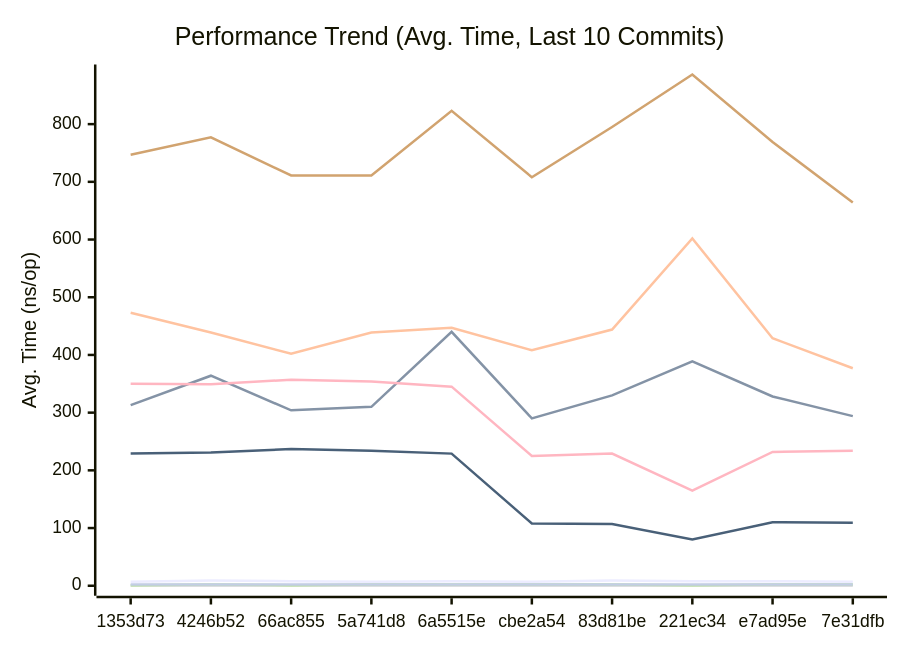
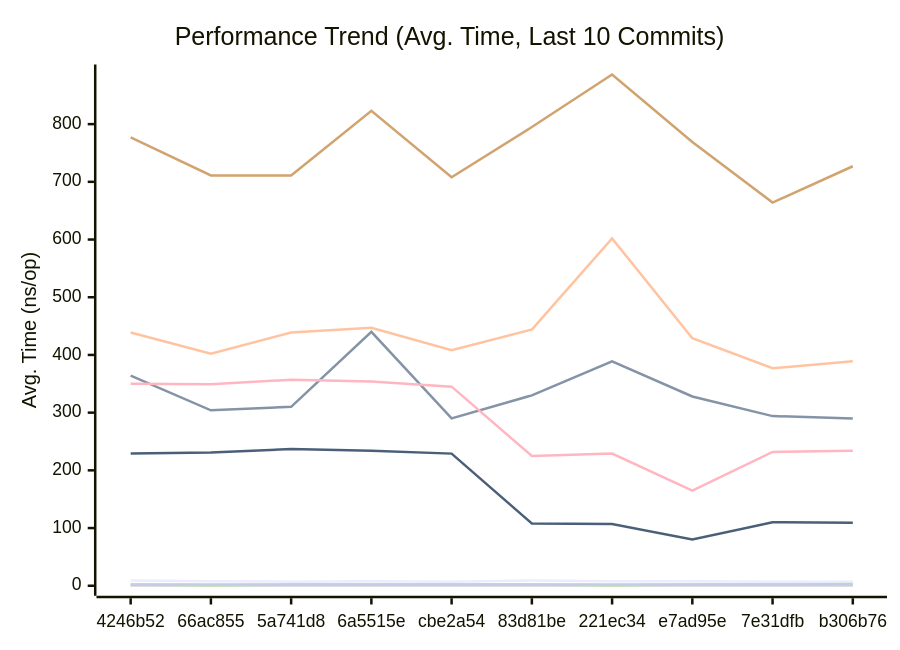
One commit to alsotoes/momo changed the first of 3 diagrams in docs/PERFORMANCE.md. Above: the diagram before and after it, drawn with Mermaid. The commit also changed other lines of this file and 5 other files, not shown here.

````diff
--- a/docs/PERFORMANCE.md
+++ b/docs/PERFORMANCE.md
@@ -80,16 +80,16 @@
 ```mermaid
 xychart-beta
     title "Performance Trend (Avg. Time, Last 10 Commits)"
     x-axis "Commit"
     y-axis "Avg. Time (ns/op)"
-    x-axis [1353d73,4246b52,66ac855,5a741d8,6a5515e,cbe2a54,83d81be,221ec34,e7ad95e,7e31dfb]
-    line "CheckMetricsAndSwap" [7,9,8,7,8,7,9,8,8,7]
-    line "CrushOptimized" [313,364,304,310,440,290,330,389,328,294]
-    line "CrushOriginal" [473,439,402,439,447,408,444,602,429,377]
+    x-axis [4246b52,66ac855,5a741d8,6a5515e,cbe2a54,83d81be,221ec34,e7ad95e,7e31dfb,b306b76]
+    line "CheckMetricsAndSwap" [9,8,7,8,7,9,8,8,7,7]
+    line "CrushOptimized" [364,304,310,440,290,330,389,328,294,290]
+    line "CrushOriginal" [439,402,439,447,408,444,602,429,377,389]
     line "IndexDirectTracking" [0,0,0,0,0,0,0,0,0,0]
-    line "IndexSearch" [1,2,1,2,2,2,2,1,2,2]
-    line "LoadGlobalConfig" [747,777,711,711,823,708,795,886,769,664]
+    line "IndexSearch" [2,1,2,2,2,2,1,2,2,3]
+    line "LoadGlobalConfig" [777,711,711,823,708,795,886,769,664,727]
     line "PadString" [2,2,2,2,2,2,2,2,2,2]
     line "ParseReplicationOrder_NoPrealloc" [350,349,357,354,345,225,229,165,232,234]
     line "ParseReplicationOrder_Prealloc" [229,231,237,234,229,108,107,80,110,109]
 ```
````
